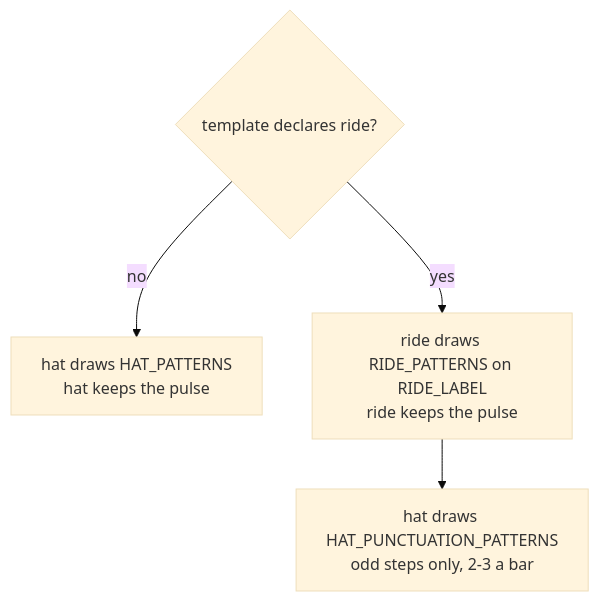
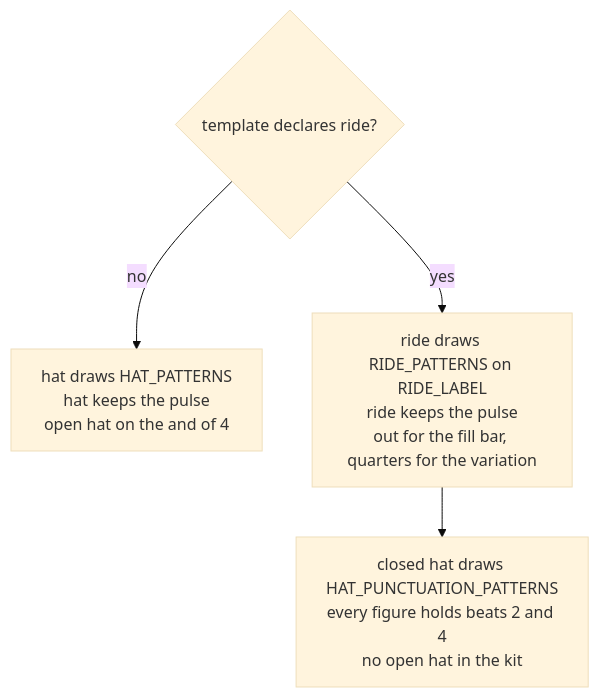
Before and after one commit to fleidloff/daily-groove: the diagram in specs/features/feature-24/prd/epic-1-a-cymbal-keeps-the-time.md, drawn with Mermaid (base theme). The commit also changed other lines of this file and 4 other files, not shown here.

````diff
--- a/specs/features/feature-24/prd/epic-1-a-cymbal-keeps-the-time.md
+++ b/specs/features/feature-24/prd/epic-1-a-cymbal-keeps-the-time.md
@@ -182,6 +216,6 @@
 ```mermaid
 flowchart TD
-  T{template declares ride?} -->|no| H[hat draws HAT_PATTERNS<br/>hat keeps the pulse]
-  T -->|yes| R[ride draws RIDE_PATTERNS on RIDE_LABEL<br/>ride keeps the pulse]
-  R --> P[hat draws HAT_PUNCTUATION_PATTERNS<br/>odd steps only, 2-3 a bar]
+  T{template declares ride?} -->|no| H[hat draws HAT_PATTERNS<br/>hat keeps the pulse<br/>open hat on the and of 4]
+  T -->|yes| R[ride draws RIDE_PATTERNS on RIDE_LABEL<br/>ride keeps the pulse<br/>out for the fill bar, quarters for the variation]
+  R --> P[closed hat draws HAT_PUNCTUATION_PATTERNS<br/>every figure holds beats 2 and 4<br/>no open hat in the kit]
 ```
````
